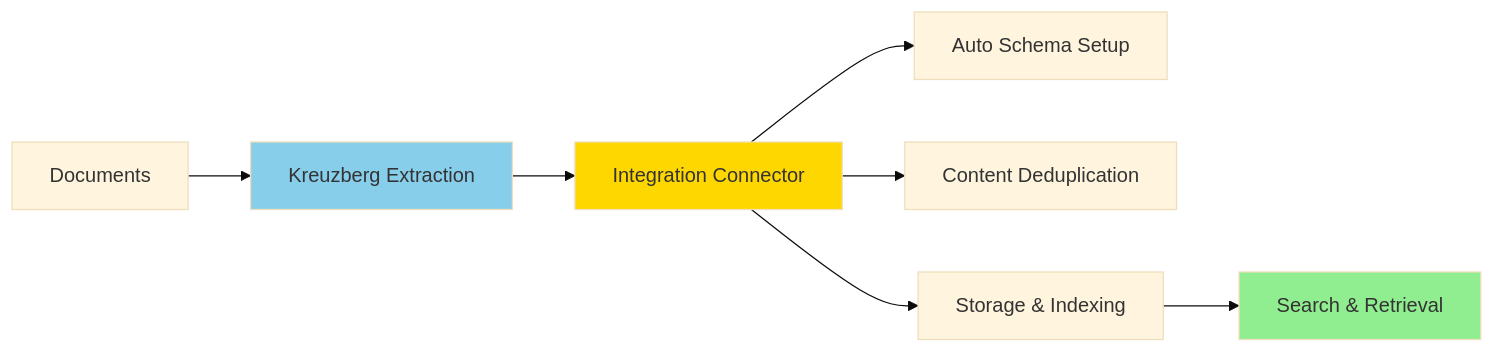
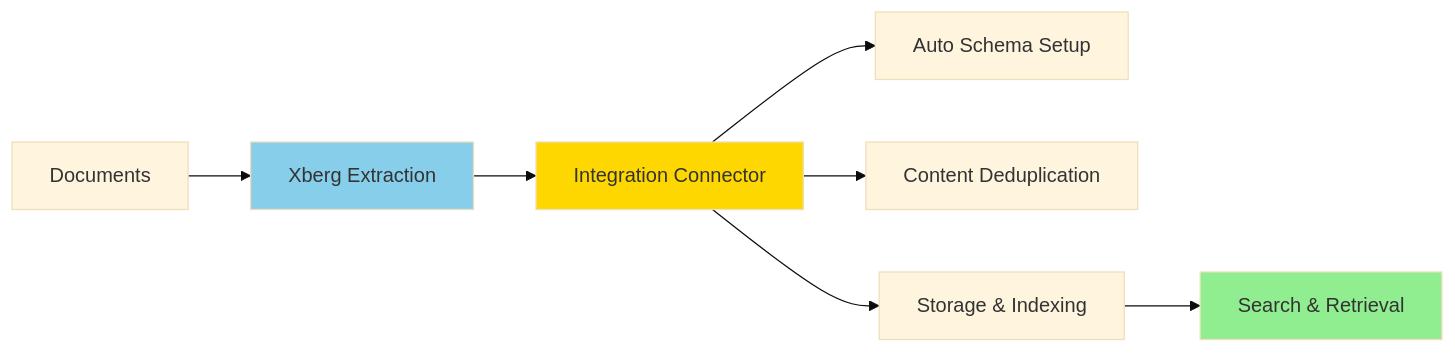
One commit to xberg-io/kreuzberg changed the diagram in docs/integrations/surrealdb.md. Above: the diagram before and after it, drawn with Mermaid (base theme). The commit also changed other lines of this file and 7568 other files, not shown here.

````diff
--- a/docs/integrations/surrealdb.md
+++ b/docs/integrations/surrealdb.md
@@ -11,13 +11,13 @@
 ```mermaid
 flowchart LR
-    Input[Documents] --> Kreuzberg[Kreuzberg Extraction]
-    Kreuzberg --> Connector[Integration Connector]
+    Input[Documents] --> Xberg[Xberg Extraction]
+    Xberg --> Connector[Integration Connector]
     Connector --> Schema[Auto Schema Setup]
     Connector --> Dedup[Content Deduplication]
     Connector --> Store[Storage & Indexing]
     Store --> Search[Search & Retrieval]
 
-    style Kreuzberg fill:#87CEEB
+    style Xberg fill:#87CEEB
     style Connector fill:#FFD700
     style Search fill:#90EE90
 ```
````
